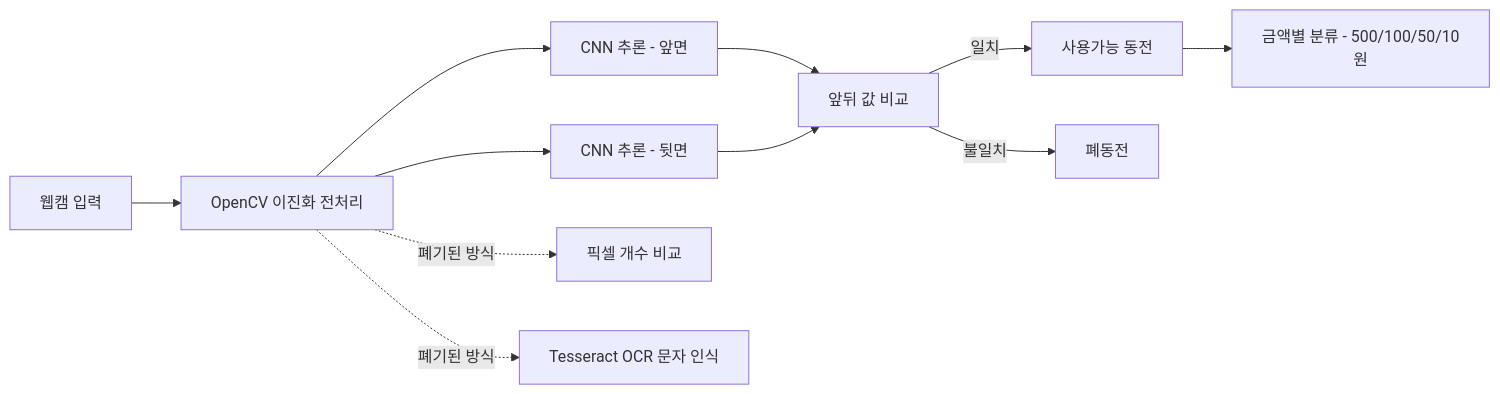
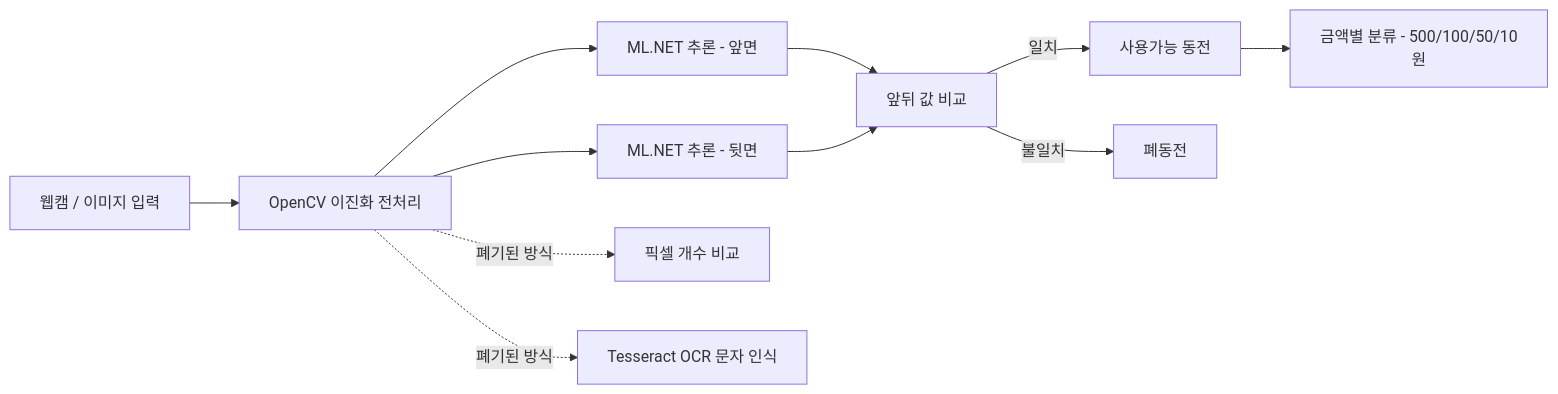
Before and after one commit to jaeni01/coin-classifier-cnn: the diagram in README.md, drawn with Mermaid. The commit also changed other lines of this file, not shown here.

````diff
--- a/README.md
+++ b/README.md
@@ -41,13 +41,13 @@
 ```mermaid
 flowchart LR
-  A["웹캠 입력"] --> B["OpenCV 이진화 전처리"]
-  B --> C["CNN 추론 - 앞면"]
-  B --> D["CNN 추론 - 뒷면"]
+  A["웹캠 / 이미지 입력"] --> B["OpenCV 이진화 전처리"]
+  B --> C["ML.NET 추론 - 앞면"]
+  B --> D["ML.NET 추론 - 뒷면"]
   C --> E["앞뒤 값 비교"]
   D --> E
   E -->|일치| F["사용가능 동전"]
   E -->|불일치| G["폐동전"]
   F --> H["금액별 분류 - 500/100/50/10원"]
   B -.폐기된 방식.-> I["픽셀 개수 비교"]
   B -.폐기된 방식.-> J["Tesseract OCR 문자 인식"]
 ```
````
